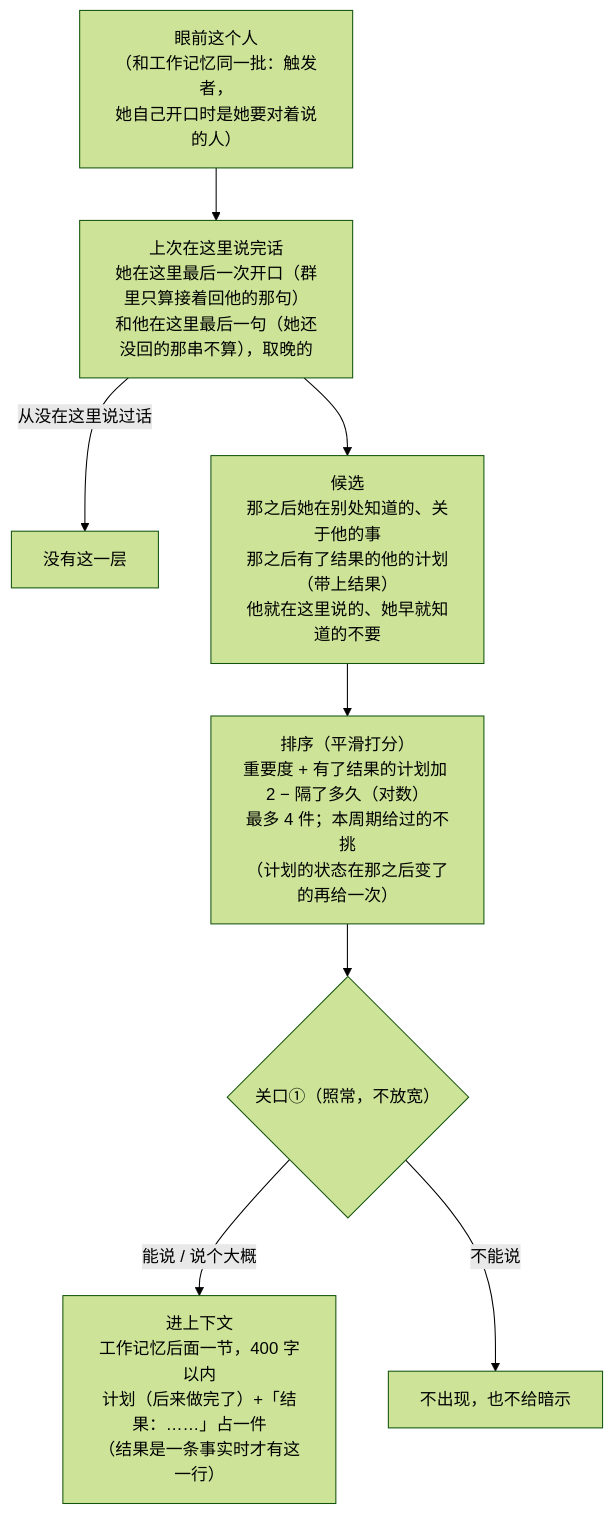
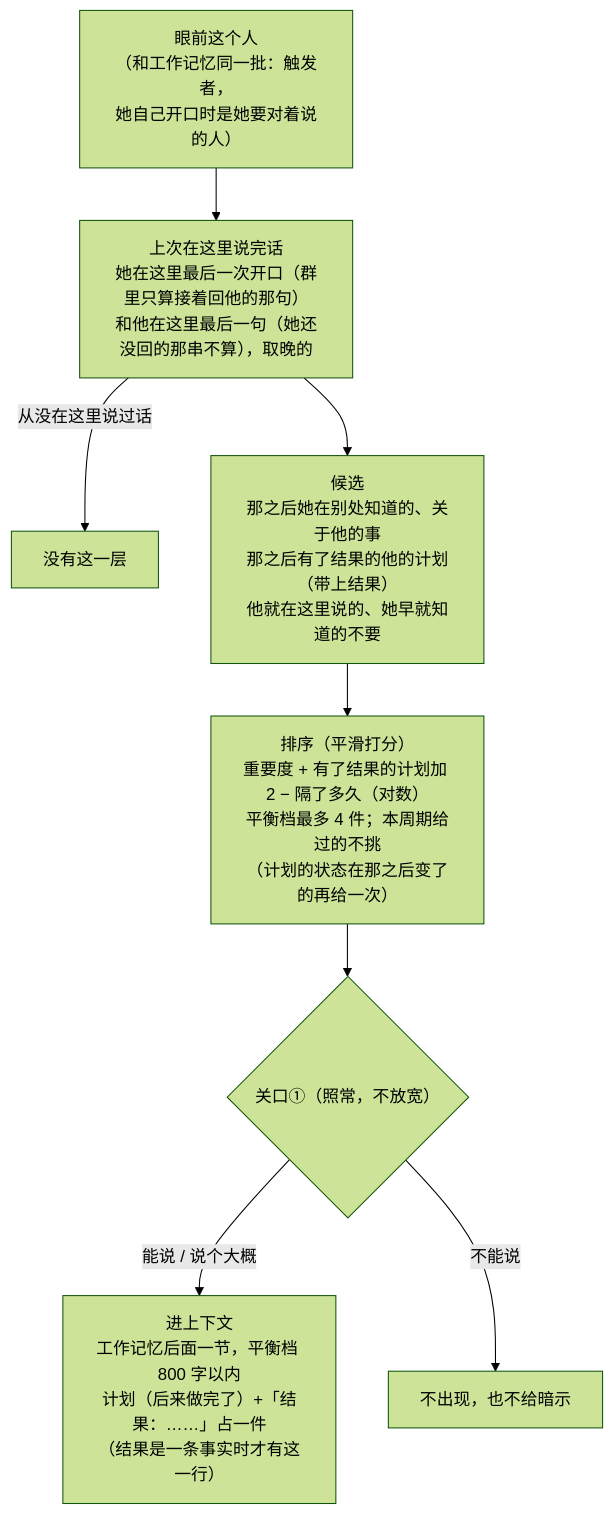
One commit to QiuYeDx/dsh-rugu changed the sixth of 11 diagrams in docs/图解.md. Above: the diagram before and after it, drawn with Mermaid (forest theme). The commit also changed other lines of this file and 40 other files, not shown here.

````diff
--- a/docs/图解.md
+++ b/docs/图解.md
@@ -235,10 +235,10 @@
 ```mermaid
 flowchart TB
   P["眼前这个人<br/>（和工作记忆同一批：触发者，<br/>她自己开口时是她要对着说的人）"] --> SN["上次在这里说完话<br/>她在这里最后一次开口（群里只算接着回他的那句）<br/>和他在这里最后一句（她还没回的那串不算），取晚的"]
   SN -->|从没在这里说过话| NO["没有这一层"]
   SN --> CD["候选<br/>那之后她在别处知道的、关于他的事<br/>那之后有了结果的他的计划（带上结果）<br/>他就在这里说的、她早就知道的不要"]
-  CD --> RK["排序（平滑打分）<br/>重要度 + 有了结果的计划加 2 − 隔了多久（对数）<br/>最多 4 件；本周期给过的不挑<br/>（计划的状态在那之后变了的再给一次）"]
+  CD --> RK["排序（平滑打分）<br/>重要度 + 有了结果的计划加 2 − 隔了多久（对数）<br/>平衡档最多 4 件；本周期给过的不挑<br/>（计划的状态在那之后变了的再给一次）"]
   RK --> G1{"关口①（照常，不放宽）"}
-  G1 -->|能说 / 说个大概| OUT["进上下文<br/>工作记忆后面一节，400 字以内<br/>计划（后来做完了）+「结果：……」占一件<br/>（结果是一条事实时才有这一行）"]
+  G1 -->|能说 / 说个大概| OUT["进上下文<br/>工作记忆后面一节，平衡档 800 字以内<br/>计划（后来做完了）+「结果：……」占一件<br/>（结果是一条事实时才有这一行）"]
   G1 -->|不能说| X["不出现，也不给暗示"]
 ```
````
